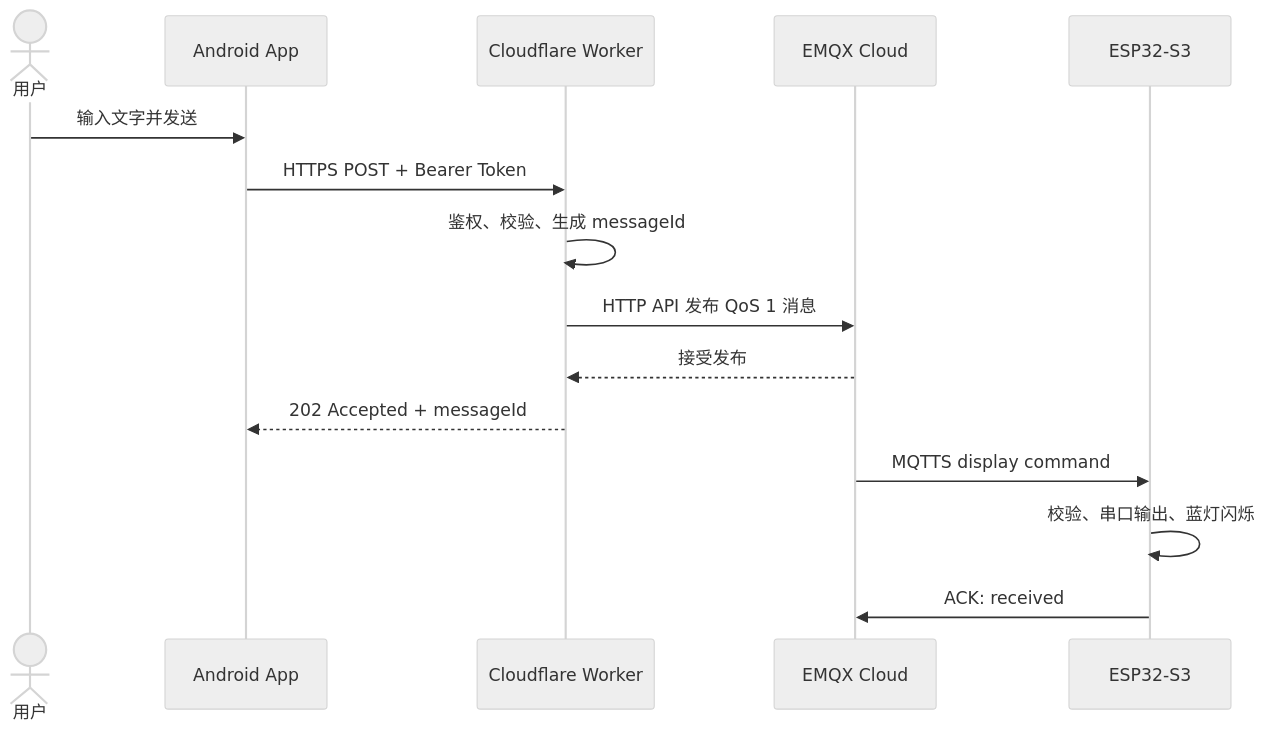
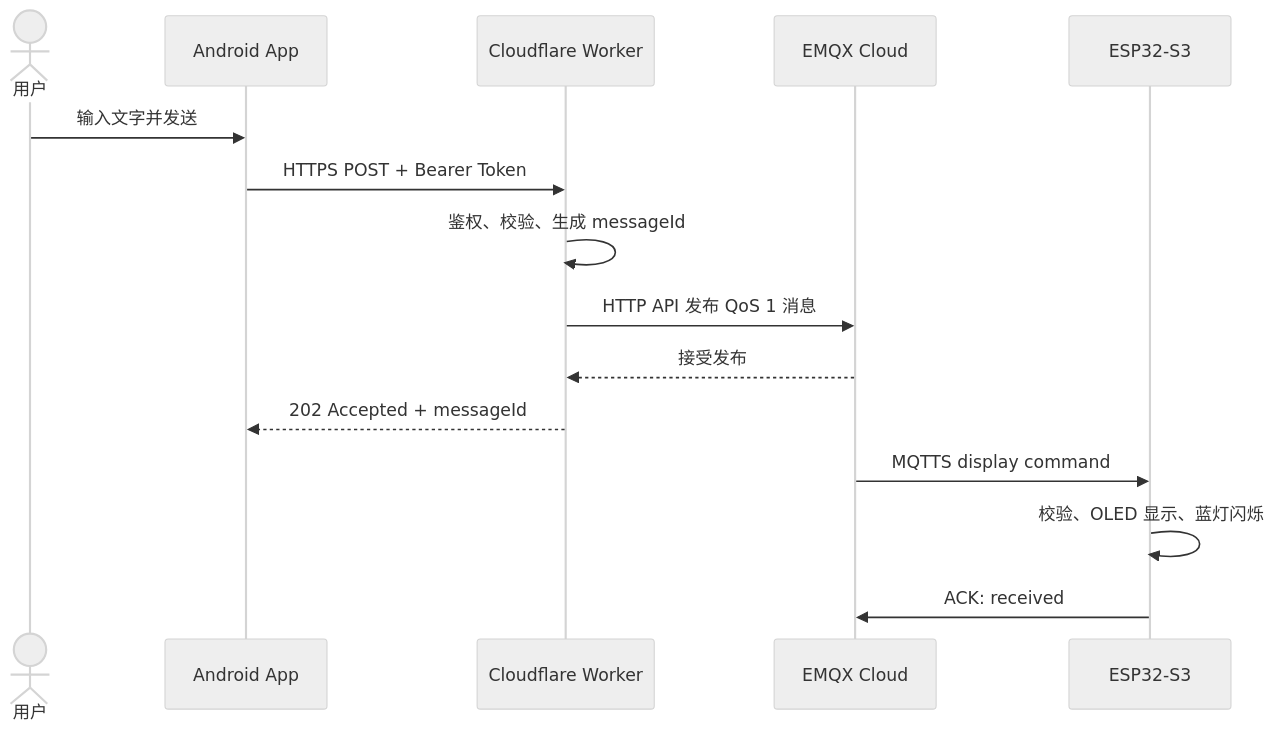
One commit to sRect/esp32 changed the third of 3 diagrams in README.md. Above: the diagram before and after it, drawn with Mermaid (neutral theme). The commit also changed other lines of this file and 4 other files, not shown here.

````diff
--- a/README.md
+++ b/README.md
@@ -355,18 +393,18 @@
 ```mermaid
 sequenceDiagram
     actor User as 用户
     participant App as Android App
     participant Worker as Cloudflare Worker
     participant EMQX as EMQX Cloud
     participant ESP as ESP32-S3
 
     User->>App: 输入文字并发送
     App->>Worker: HTTPS POST + Bearer Token
     Worker->>Worker: 鉴权、校验、生成 messageId
     Worker->>EMQX: HTTP API 发布 QoS 1 消息
     EMQX-->>Worker: 接受发布
     Worker-->>App: 202 Accepted + messageId
     EMQX->>ESP: MQTTS display command
-    ESP->>ESP: 校验、串口输出、蓝灯闪烁
+    ESP->>ESP: 校验、OLED 显示、蓝灯闪烁
     ESP->>EMQX: ACK: received
 ```
````
